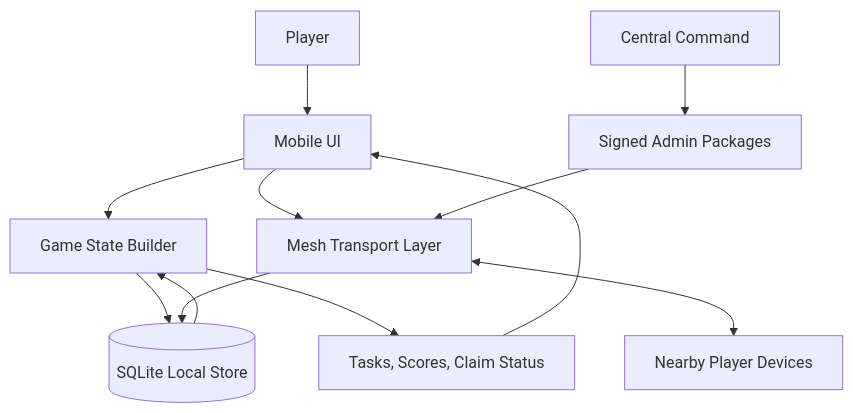
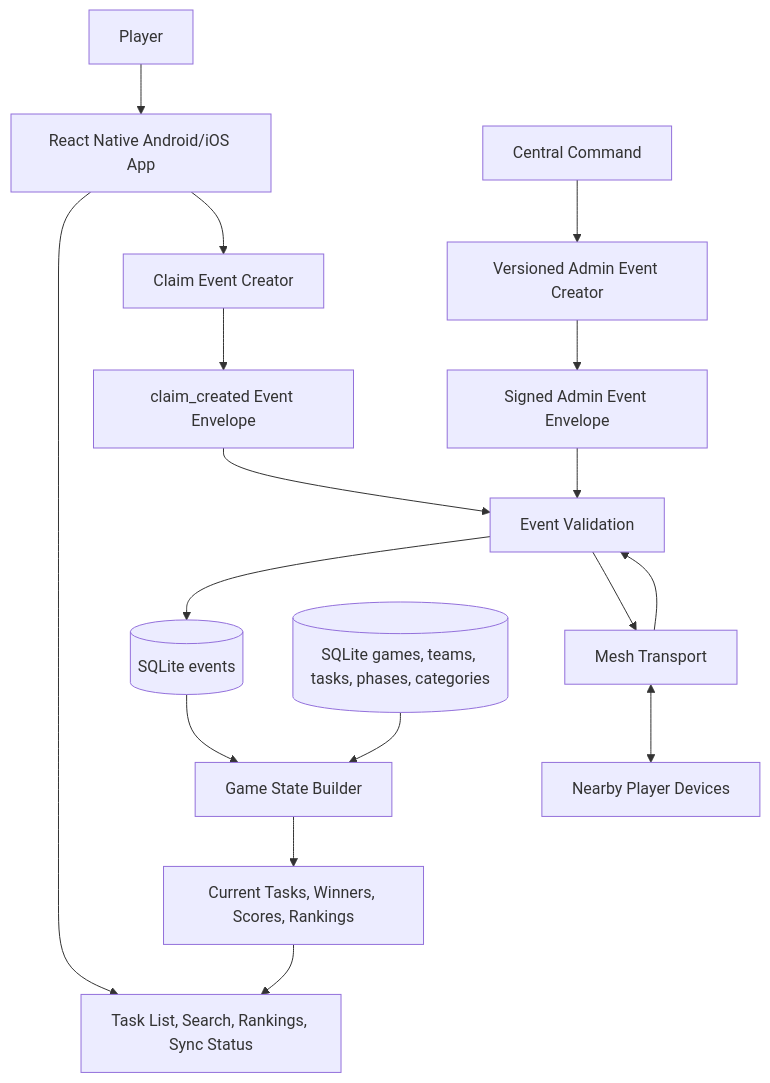
The first of 5 diagrams in docs/design-doc-v1.md (Gabriel-Gerdes/HumanHaunt), drawn with Mermaid before and after one commit. The commit also changed other lines of this file, not shown here.

Commit message:
update the Mermaid diagram

````diff
--- a/docs/design-doc-v1.md
+++ b/docs/design-doc-v1.md
@@ -102,14 +102,22 @@
 ```mermaid
 flowchart TD
-  player[Player] --> mobile_ui[Mobile UI]
-  mobile_ui --> game_state_builder[Game State Builder]
-  game_state_builder --> sqlite[(SQLite Local Store)]
-  mobile_ui --> mesh[Mesh Transport Layer]
-  mesh --> sqlite
-  mesh <--> peer_devices[Nearby Player Devices]
-  central[Central Command] --> admin_packages[Signed Admin Packages]
-  admin_packages --> mesh
-  sqlite --> game_state_builder
-  game_state_builder --> views[Tasks, Scores, Claim Status]
-  views --> mobile_ui
+  player[Player] --> rn_app[React Native Android/iOS App]
+  rn_app --> ui[Task List, Search, Rankings, Sync Status]
+  rn_app --> claim_creator[Claim Event Creator]
+  claim_creator --> claim_envelope[claim_created Event Envelope]
+
+  central[Central Command] --> admin_creator[Versioned Admin Event Creator]
+  admin_creator --> admin_envelope[Signed Admin Event Envelope]
+
+  claim_envelope --> validator[Event Validation]
+  admin_envelope --> validator
+  mesh[Mesh Transport] <--> peers[Nearby Player Devices]
+  mesh --> validator
+  validator --> events[(SQLite events)]
+  validator --> mesh
+
+  events --> builder[Game State Builder]
+  seed[(SQLite games, teams, tasks, phases, categories)] --> builder
+  builder --> current_state[Current Tasks, Winners, Scores, Rankings]
+  current_state --> ui
 ```
````
